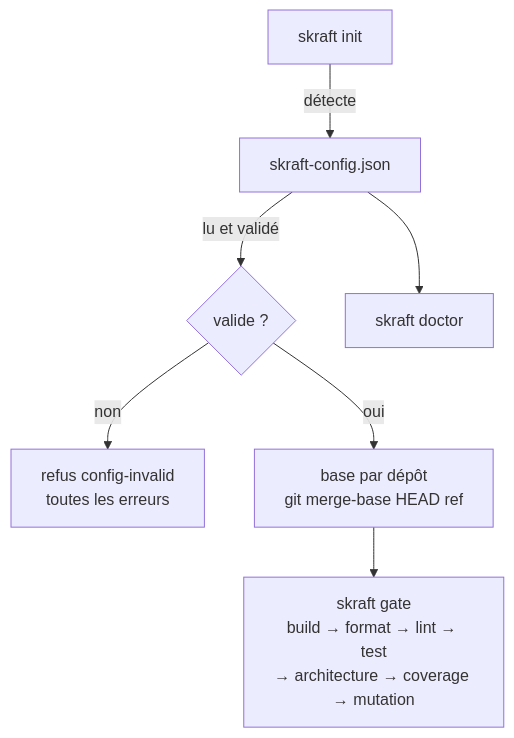
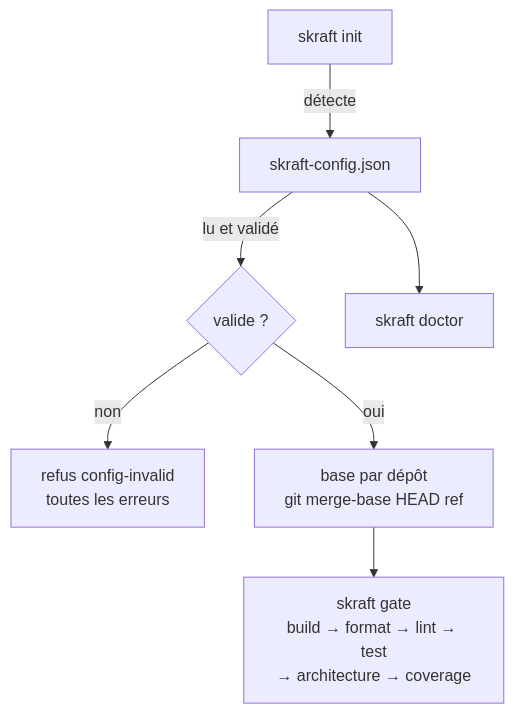
The diagram in docs/website/i18n/fr/docusaurus-plugin-content-docs/current/reference/skraft-config.md (SebastienDegodez/skraft-plugin), drawn with Mermaid before and after one commit. The commit also changed other lines of this file and 48 other files, not shown here.

````diff
--- a/docs/website/i18n/fr/docusaurus-plugin-content-docs/current/reference/skraft-config.md
+++ b/docs/website/i18n/fr/docusaurus-plugin-content-docs/current/reference/skraft-config.md
@@ -33,9 +33,9 @@
 ```mermaid
 flowchart TD
     I[skraft init] -->|détecte| F[skraft-config.json]
     F -->|lu et validé| V{valide ?}
     V -->|non| R[refus config-invalid<br/>toutes les erreurs]
     V -->|oui| B[base par dépôt<br/>git merge-base HEAD ref]
-    B --> G[skraft gate<br/>build → format → lint → test<br/>→ architecture → coverage → mutation]
+    B --> G[skraft gate<br/>build → format → lint → test<br/>→ architecture → coverage]
     F --> D[skraft doctor]
 ```
````
